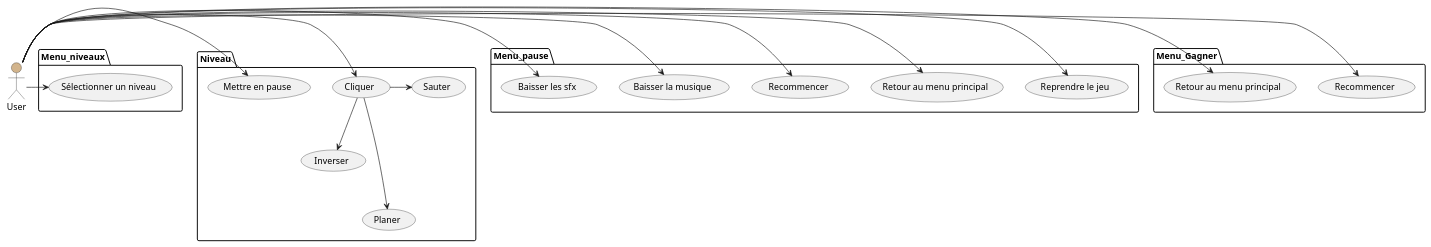
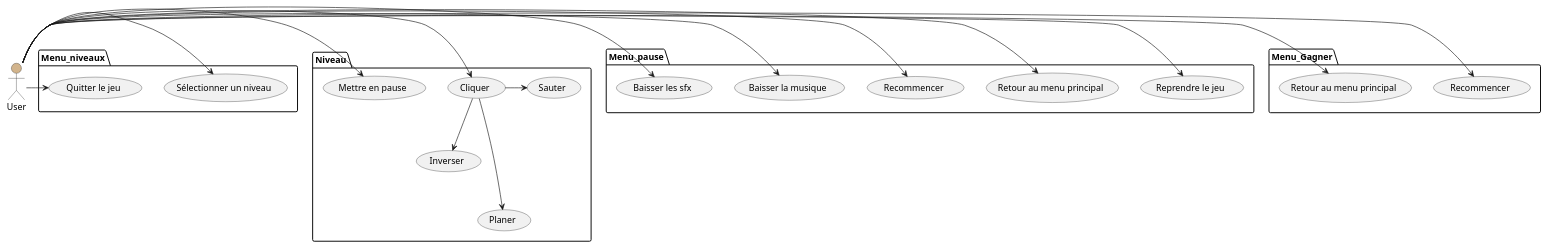
Before and after one commit to 2spoopy4u/Oskour_Inc: the diagram in UseCase.puml, drawn with PlantUML. The commit also changed 2 other files, not shown here.

Commit message:
Ajout "quitter le jeu" dans usecase

```diff
--- a/UseCase.puml
+++ b/UseCase.puml
@@ -1,52 +1,56 @@
 @startuml
 '!include ../../plantuml-styles/plantuml-ae.iuml
 
 skinparam Shadowing false
 
 skinparam ArrowFontStyle normal
 skinparam ArrowFontName Courier
 skinparam ArrowFontSize 10
 
 :User: as U #tan
 
 :User: as U #tan
 :User: as U #tan
 :User: as U #tan
 
 package Menu_niveaux{
 (Sélectionner un niveau)
+(Quitter le jeu) as quitter
+
 }
 package Menu_Gagner{
 (Recommencer) as recoGagner
 (Retour au menu principal) as menuGagner
 }
 package Menu_pause{
 (Reprendre le jeu)
 (Retour au menu principal)
 (Recommencer)
 (Baisser la musique)
 (Baisser les sfx)
 }
 package Niveau{
 (Cliquer)
 (Sauter)
 (Inverser)
 (Planer)
 (Mettre en pause)
 }
 U -> (Sélectionner un niveau)
 U -> (Cliquer)
 U -> (Mettre en pause)
 U -> (Reprendre le jeu)
 U -> (Retour au menu principal)
 U -> (Recommencer)
 U -> (Baisser la musique)
 U -> (Baisser les sfx)
 
 U -> recoGagner
 U -> menuGagner
+U -> quitter
+
 (Cliquer)->(Sauter)
 (Cliquer)-->(Inverser)
 (Cliquer)--->(Planer)
 '!include ../../plantuml-styles/ae-copyright-footer.txt
 @enduml
```
